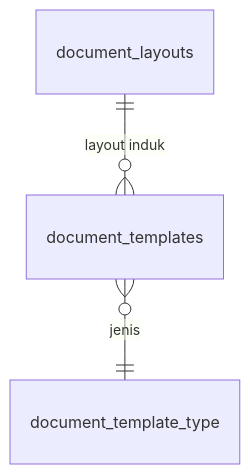
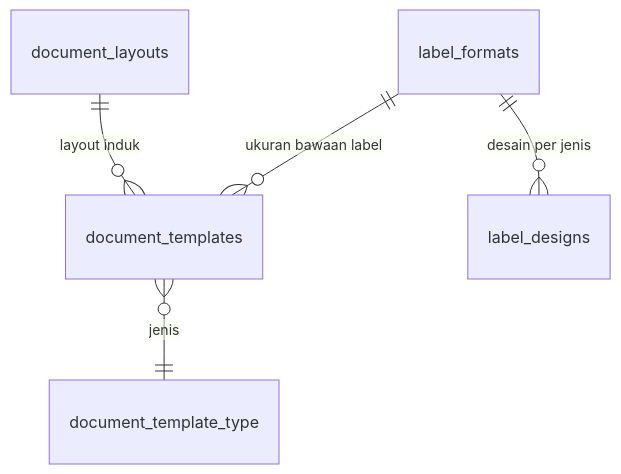
Before and after one commit to HengkyDarmawan/wms: the diagram in docs/wms/18-template-dokumen-label.md, drawn with Mermaid. The commit also changed other lines of this file and 53 other files, not shown here.

First line of the commit message:
Dokumen: asumsi A-287–A-310, katalog, aturan, glosarium, ERD, spesifikasi, changelog v0.72–v0.75

````diff
--- a/docs/wms/18-template-dokumen-label.md
+++ b/docs/wms/18-template-dokumen-label.md
@@ -72,5 +103,7 @@
 ```mermaid
 erDiagram
   document_layouts ||--o{ document_templates : "layout induk"
   document_templates }o--|| document_template_type : "jenis"
+  label_formats ||--o{ document_templates : "ukuran bawaan label"
+  label_formats ||--o{ label_designs : "desain per jenis"
 ```
````
